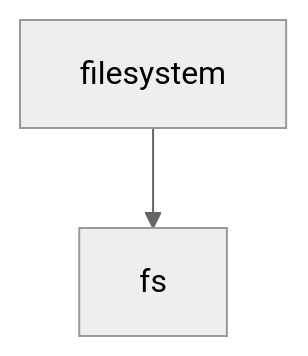
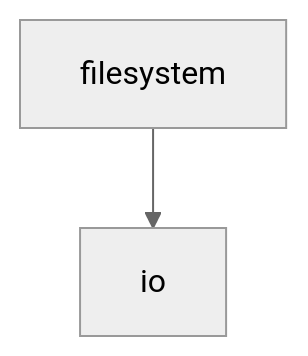
Before and after one commit to mattriley/node-1up: the diagram in README.md, drawn with Mermaid (neutral theme). The commit also changed other lines of this file and 8 other files, not shown here.

````diff
--- a/README.md
+++ b/README.md
@@ -20,4 +20,4 @@
 ```mermaid
 graph TD;
-    filesystem-->fs;
+    filesystem-->io;
 ```
````
